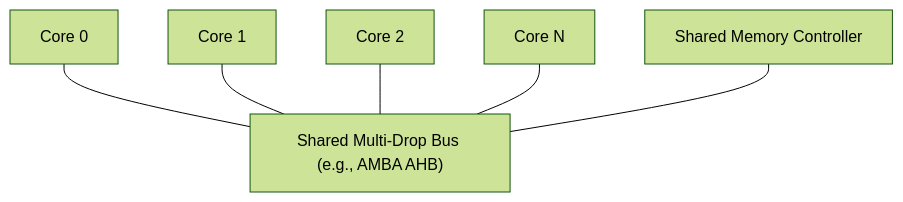
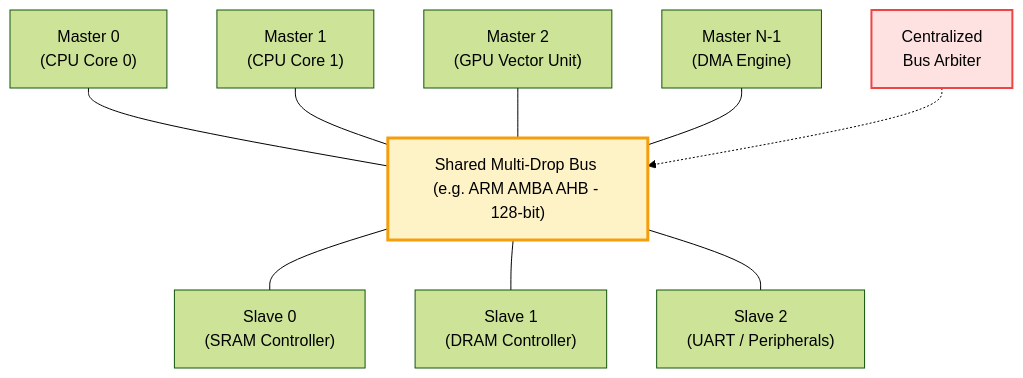
The first of 3 diagrams in docs/track1-fundamentals/01-why-noc.md (network-on-chip/learning), drawn with Mermaid (forest theme) before and after one commit. The commit also changed other lines of this file and 7 other files, not shown here.

Commit message:
Upgrade Track 1: Interconnect Fundamentals with 4 interactive tools, rigorous physics models, and Network Interface (NI) architecture

````diff
--- a/docs/track1-fundamentals/01-why-noc.md
+++ b/docs/track1-fundamentals/01-why-noc.md
@@ -13,8 +15,14 @@
 ```mermaid
 graph TD
-  Core1["Core 0"] --- Bus["Shared Multi-Drop Bus (e.g., AMBA AHB)"]
-  Core2["Core 1"] --- Bus
-  Core3["Core 2"] --- Bus
-  Core4["Core N"] --- Bus
-  Mem["Shared Memory Controller"] --- Bus
+  Core1["Master 0<br/>(CPU Core 0)"] --- Bus["Shared Multi-Drop Bus (e.g. ARM AMBA AHB - 128-bit)"]
+  Core2["Master 1<br/>(CPU Core 1)"] --- Bus
+  Core3["Master 2<br/>(GPU Vector Unit)"] --- Bus
+  CoreN["Master N-1<br/>(DMA Engine)"] --- Bus
+  Arb["Centralized<br/>Bus Arbiter"] -.-> Bus
+  Bus --- Mem1["Slave 0<br/>(SRAM Controller)"]
+  Bus --- Mem2["Slave 1<br/>(DRAM Controller)"]
+  Bus --- Peri["Slave 2<br/>(UART / Peripherals)"]
+
+  style Bus fill:#fef3c7,stroke:#f59e0b,stroke-width:3px;
+  style Arb fill:#fee2e2,stroke:#ef4444,stroke-width:2px;
 ```
````
